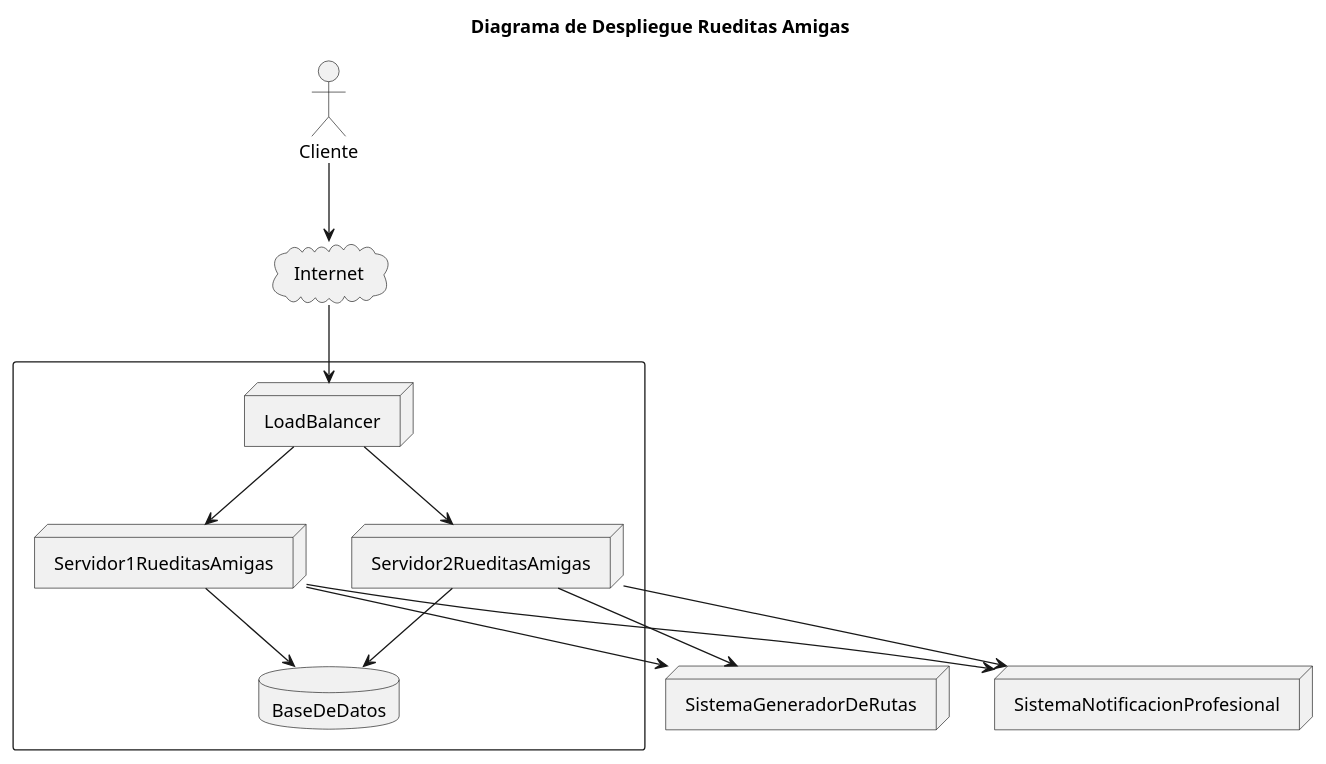
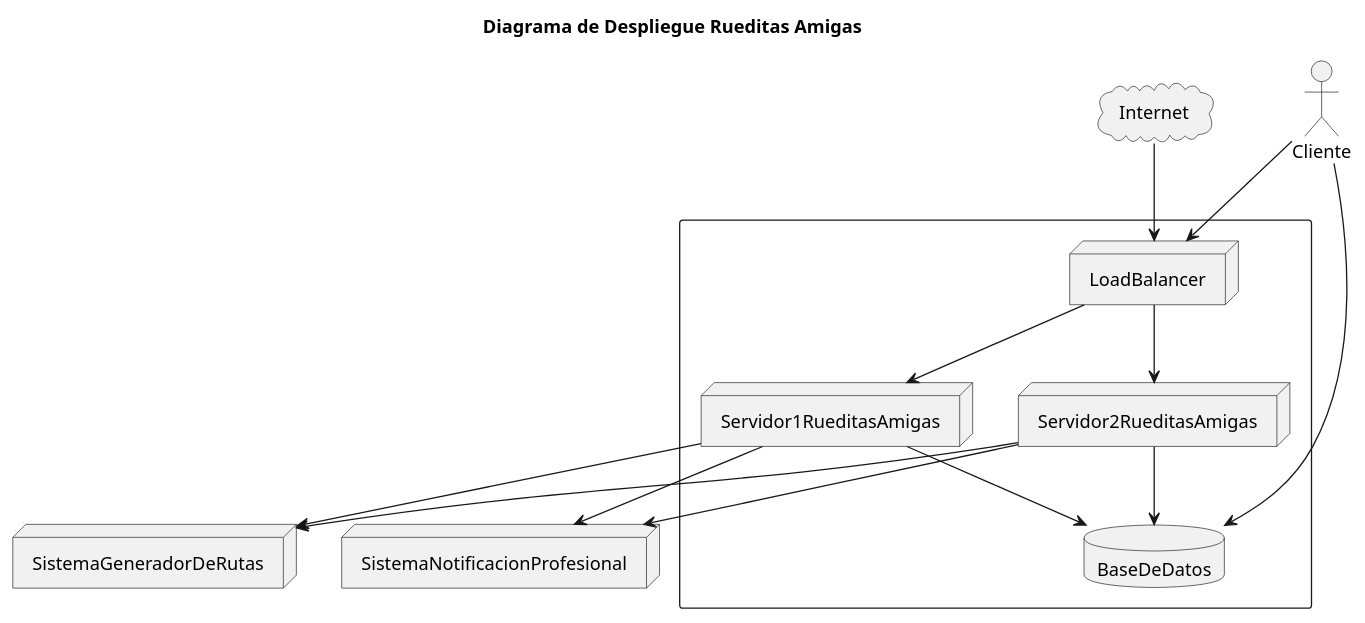
One commit to lrizzitano/RueditasAmigasDespliegue changed the diagram in diagrams/DiagramaDeDespliegue.puml. Above: the diagram before and after it, drawn with PlantUML.

Commit message:
cliente directo a balanceador y DB

```diff
--- a/diagrams/DiagramaDeDespliegue.puml
+++ b/diagrams/DiagramaDeDespliegue.puml
@@ -1,31 +1,32 @@
 @startuml
 'https://plantuml.com/deployment-diagram
 
 title Diagrama de Despliegue Rueditas Amigas
 
 node "SistemaGeneradorDeRutas"
 actor "Cliente"
 cloud "Internet"
 node "SistemaNotificacionProfesional"
 
 
 rectangle  {
 node "LoadBalancer"
 node "Servidor1RueditasAmigas"
 node "Servidor2RueditasAmigas"
 database "BaseDeDatos"
 }
 
 "LoadBalancer" --> "Servidor1RueditasAmigas"
 "LoadBalancer" --> "Servidor2RueditasAmigas"
 "Servidor1RueditasAmigas" --> "BaseDeDatos"
 "Servidor2RueditasAmigas" --> "BaseDeDatos"
 "Servidor1RueditasAmigas" --> "SistemaNotificacionProfesional"
 "Servidor2RueditasAmigas" --> "SistemaNotificacionProfesional"
 "Servidor1RueditasAmigas" --> "SistemaGeneradorDeRutas"
 "Servidor2RueditasAmigas" --> "SistemaGeneradorDeRutas"
-"Cliente" --> "Internet"
+"Cliente" --> "LoadBalancer"
+"Cliente" --> "BaseDeDatos"
 "Internet" --> "LoadBalancer"
 
 
 @enduml
```
